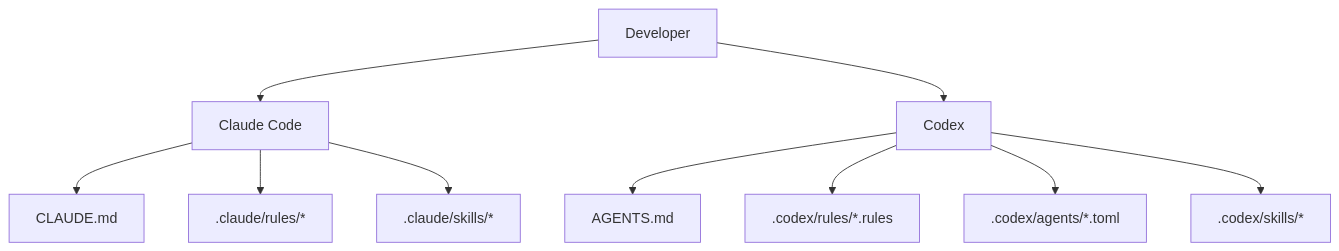
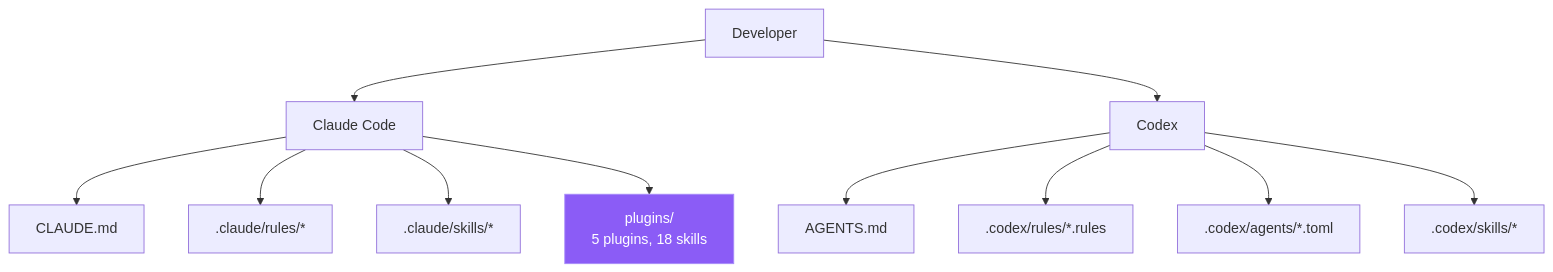
Diagram 16 of 30 in ARCHITECTURE.md (txj36/Claude-Code-Agent-Monitor), drawn with Mermaid before and after one commit. The commit also changed other lines of this file and 38 other files, not shown here.

````diff
--- a/ARCHITECTURE.md
+++ b/ARCHITECTURE.md
@@ -755,14 +775,17 @@
 ```mermaid
 graph TD
     USER["Developer"] --> CLAUDE["Claude Code"]
     USER --> CODEX["Codex"]
 
     CLAUDE --> C_MEM["CLAUDE.md"]
     CLAUDE --> C_RULES[".claude/rules/*"]
     CLAUDE --> C_SKILLS[".claude/skills/*"]
+    CLAUDE --> C_PLUGINS["plugins/<br/>5 plugins, 18 skills"]
 
     CODEX --> X_MEM["AGENTS.md"]
     CODEX --> X_RULES[".codex/rules/*.rules"]
     CODEX --> X_AGENTS[".codex/agents/*.toml"]
     CODEX --> X_SKILLS[".codex/skills/*"]
+
+    style C_PLUGINS fill:#8b5cf6,stroke:#a78bfa,color:#fff
 ```
````
